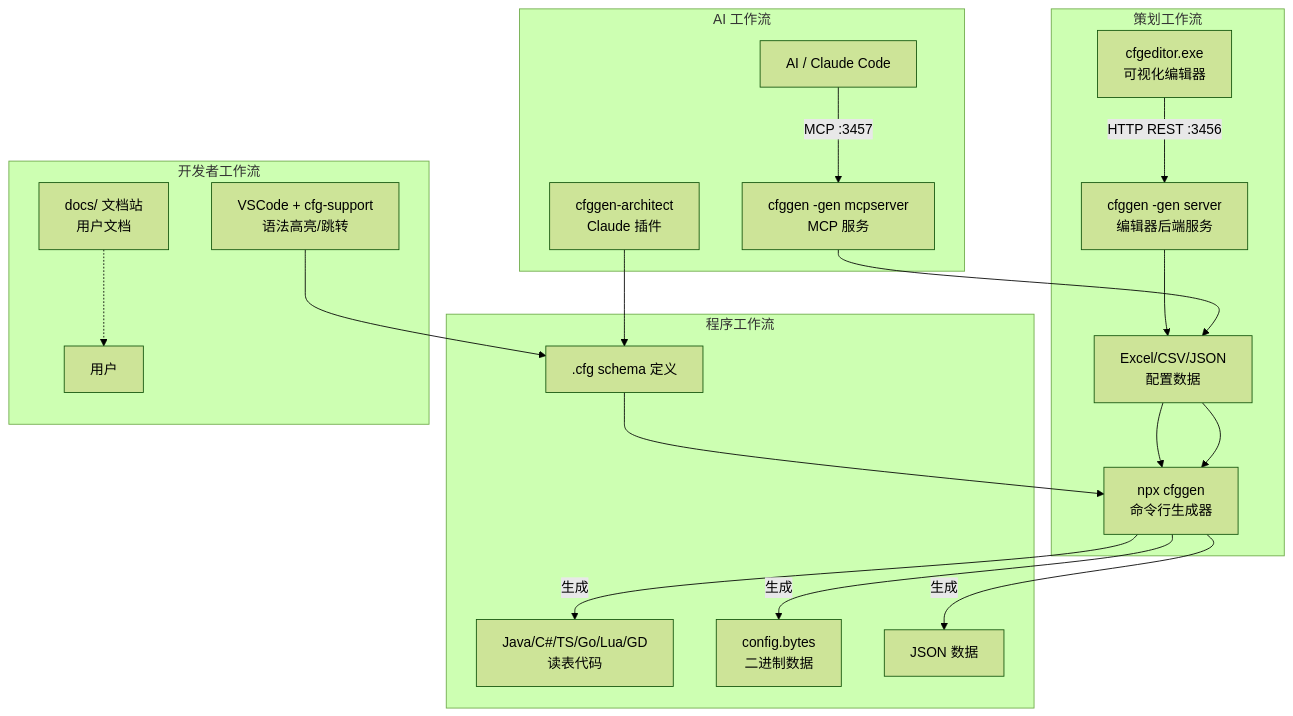
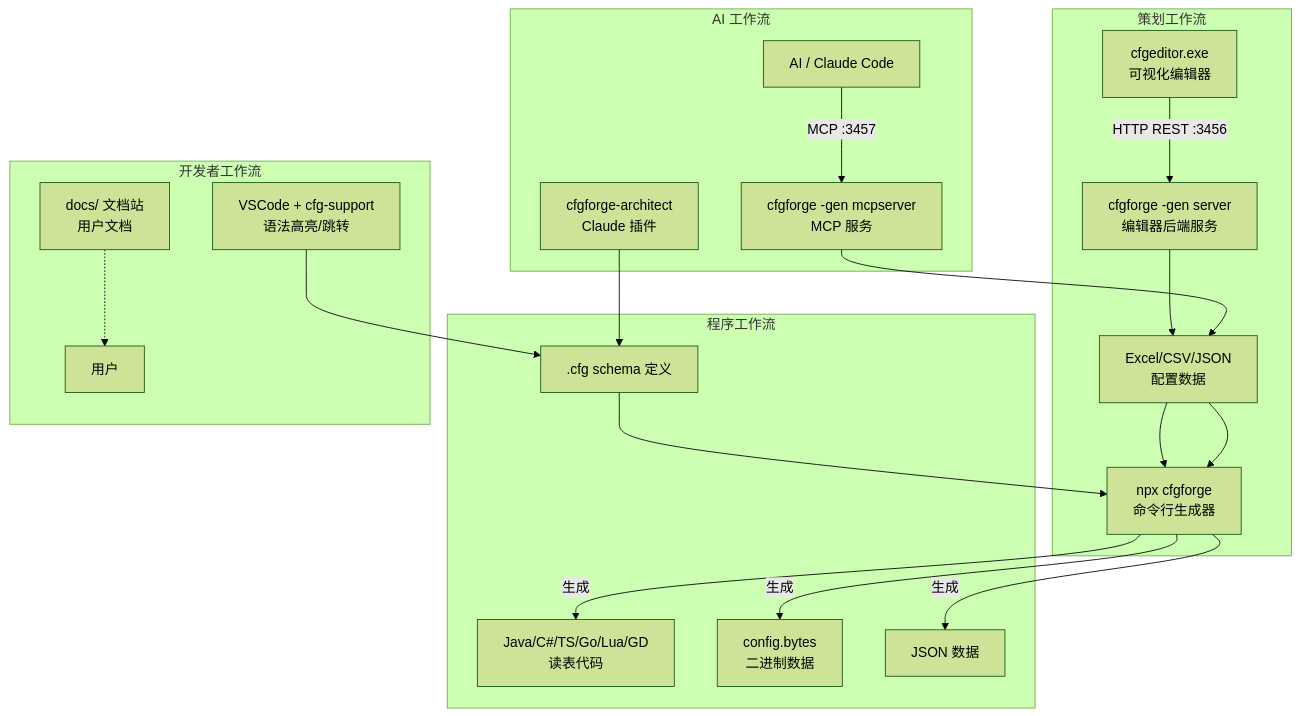
The first of 2 diagrams in PROJECT_OVERVIEW.md (zhao-zg/cfgforge), drawn with Mermaid (forest theme) before and after one commit. The commit also changed other lines of this file and 314 other files, not shown here.

First line of the commit message:
chore: rebrand cfggen -> cfgforge (package names, CLI, docs, lockfile)

````diff
--- a/PROJECT_OVERVIEW.md
+++ b/PROJECT_OVERVIEW.md
@@ -63,28 +63,28 @@
 ```mermaid
 flowchart TB
     subgraph 策划工作流
-        EXCEL["Excel/CSV/JSON<br/>配置数据"] --> CFGGEN
+        EXCEL["Excel/CSV/JSON<br/>配置数据"] --> CFGFORGE
         EDITOR["cfgeditor.exe<br/>可视化编辑器"]
-        EDITOR -->|"HTTP REST :3456"| SERVER["cfggen -gen server<br/>编辑器后端服务"]
+        EDITOR -->|"HTTP REST :3456"| SERVER["cfgforge -gen server<br/>编辑器后端服务"]
         SERVER --> EXCEL
     end
 
     subgraph 程序工作流
-        CFG[".cfg schema 定义"] --> CFGGEN["npx cfggen<br/>命令行生成器"]
-        EXCEL --> CFGGEN
-        CFGGEN -->|"生成"| CODE["Java/C#/TS/Go/Lua/GD<br/>读表代码"]
-        CFGGEN -->|"生成"| BYTES["config.bytes<br/>二进制数据"]
-        CFGGEN -->|"生成"| JSON_OUT["JSON 数据"]
+        CFG[".cfg schema 定义"] --> CFGFORGE["npx cfgforge<br/>命令行生成器"]
+        EXCEL --> CFGFORGE
+        CFGFORGE -->|"生成"| CODE["Java/C#/TS/Go/Lua/GD<br/>读表代码"]
+        CFGFORGE -->|"生成"| BYTES["config.bytes<br/>二进制数据"]
+        CFGFORGE -->|"生成"| JSON_OUT["JSON 数据"]
     end
 
     subgraph AI 工作流
-        AI["AI / Claude Code"] -->|"MCP :3457"| MCP["cfggen -gen mcpserver<br/>MCP 服务"]
+        AI["AI / Claude Code"] -->|"MCP :3457"| MCP["cfgforge -gen mcpserver<br/>MCP 服务"]
         MCP --> EXCEL
-        CLAUDE_PLUGIN["cfggen-architect<br/>Claude 插件"] --> CFG
+        CLAUDE_PLUGIN["cfgforge-architect<br/>Claude 插件"] --> CFG
     end
 
     subgraph 开发者工作流
         VSCODE["VSCode + cfg-support<br/>语法高亮/跳转"] --> CFG
         DOCS["docs/ 文档站<br/>用户文档"] -.-> USERS["用户"]
     end
 ```
````
